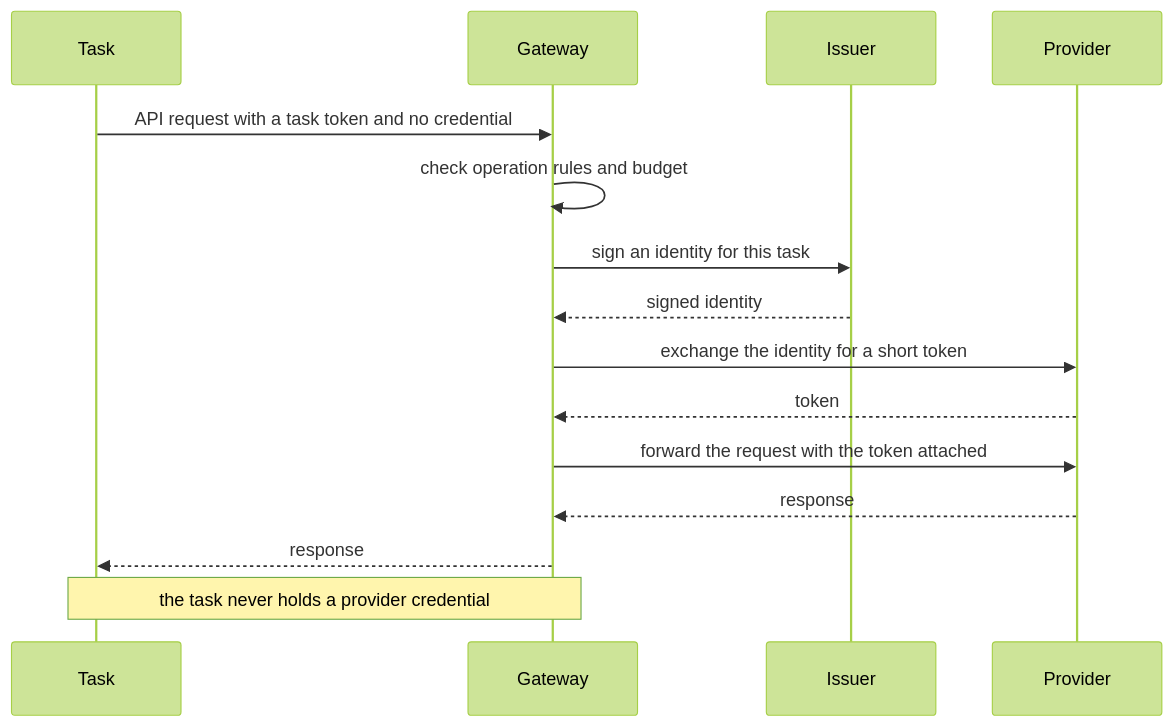
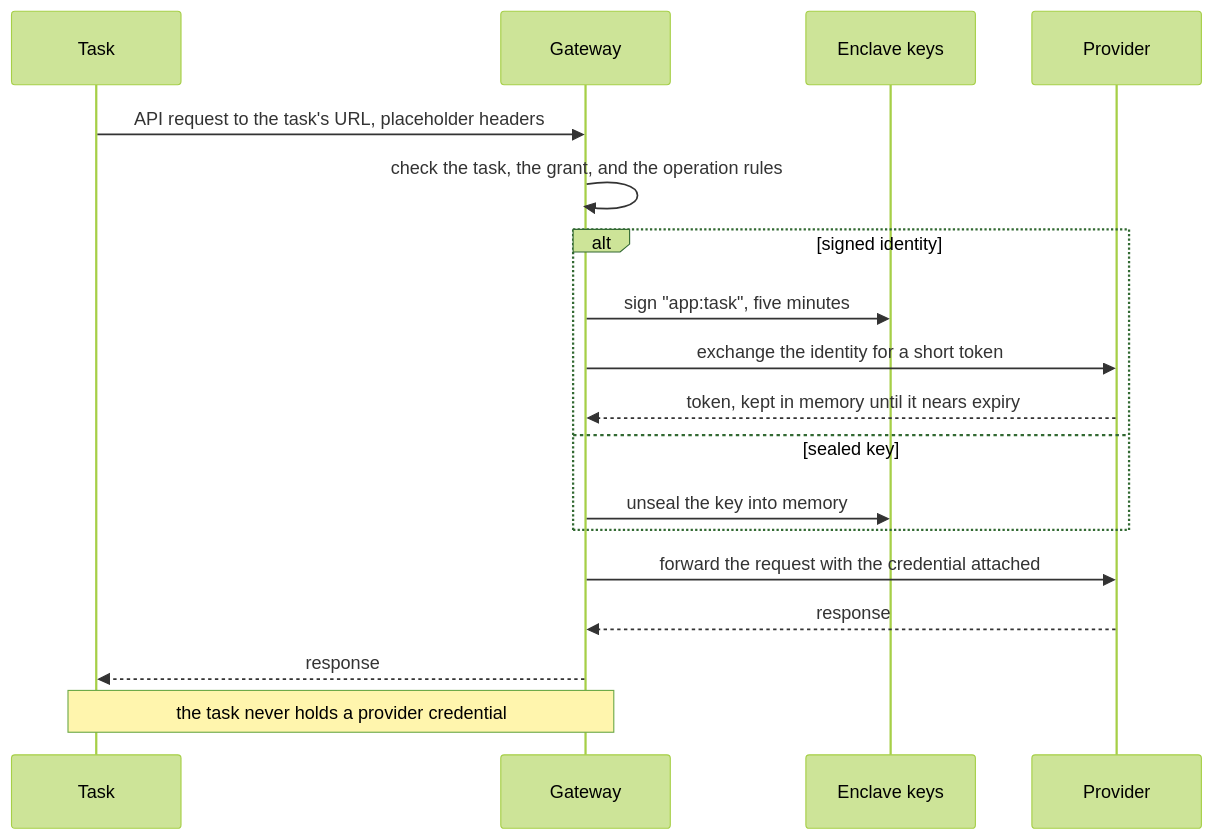
The diagram in doc/design.md (kirahowe/grants), drawn with Mermaid (forest theme) before and after one commit. The commit also changed other lines of this file and 1 other file, not shown here.

````diff
--- a/doc/design.md
+++ b/doc/design.md
@@ -321,17 +218,20 @@
 ```mermaid
 sequenceDiagram
     participant T as Task
-    participant W as Gateway
-    participant I as Issuer
+    participant G as Gateway
+    participant K as Enclave keys
     participant P as Provider
-    T->>W: API request with a task token and no credential
-    W->>W: check operation rules and budget
-    W->>I: sign an identity for this task
-    I-->>W: signed identity
-    W->>P: exchange the identity for a short token
-    P-->>W: token
-    W->>P: forward the request with the token attached
-    P-->>W: response
-    W-->>T: response
-    Note over T,W: the task never holds a provider credential
+    T->>G: API request to the task's URL, placeholder headers
+    G->>G: check the task, the grant, and the operation rules
+    alt signed identity
+        G->>K: sign "app:task", five minutes
+        G->>P: exchange the identity for a short token
+        P-->>G: token, kept in memory until it nears expiry
+    else sealed key
+        G->>K: unseal the key into memory
+    end
+    G->>P: forward the request with the credential attached
+    P-->>G: response
+    G-->>T: response
+    Note over T,G: the task never holds a provider credential
 ```
````
